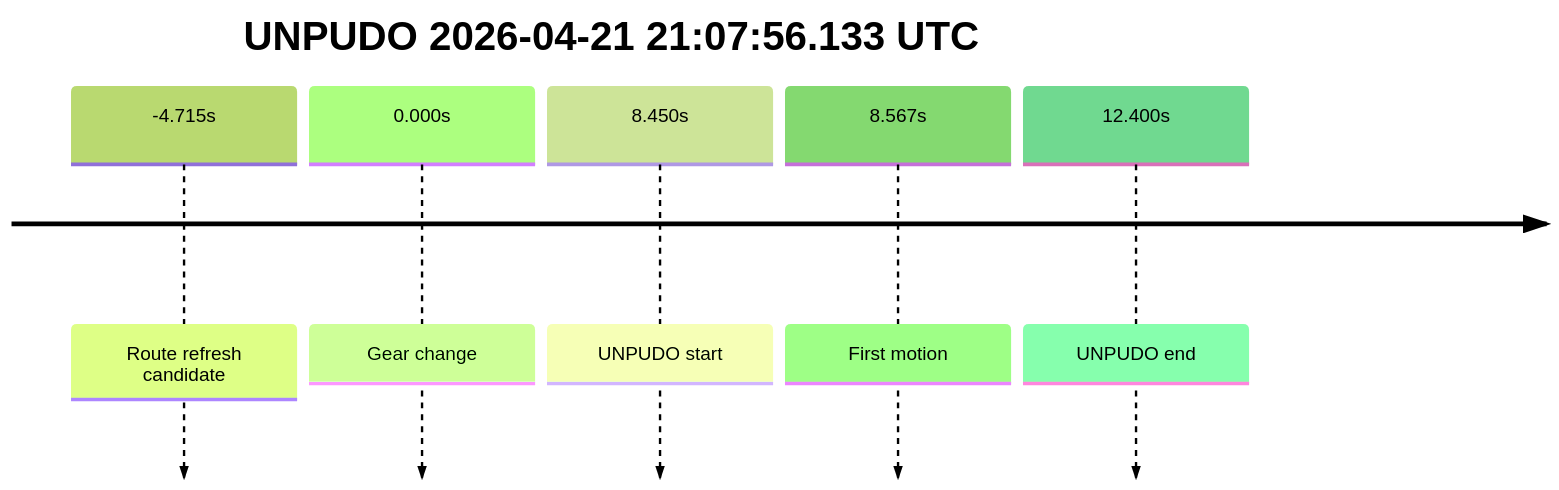
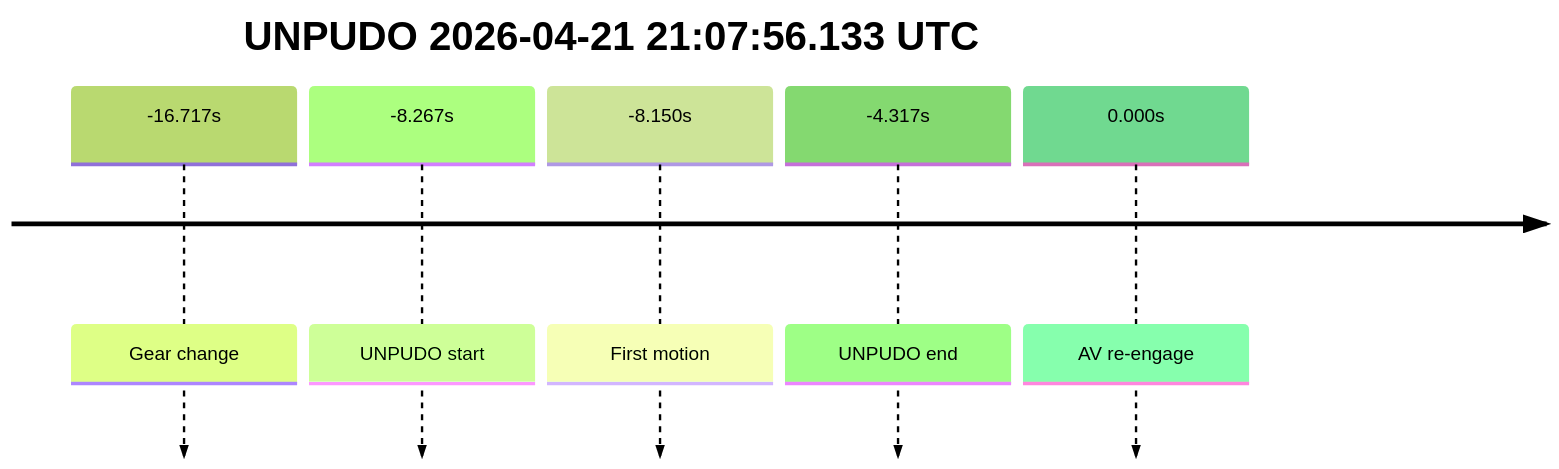
One commit to yoelshapiro/vault changed the fifth of 5 diagrams in model_analysis/report_cards/2026/04/Week-4/fme20009--2026-04-21--20-53-31--gen2-av-c485ff0d-599e-495f-bee7-17c4a854ab52.md. Above: the diagram before and after it, drawn with Mermaid (forest theme). The commit also changed other lines of this file and 1 other file, not shown here.

````diff
--- a/model_analysis/report_cards/2026/04/Week-4/fme20009--2026-04-21--20-53-31--gen2-av-c485ff0d-599e-495f-bee7-17c4a854ab52.md
+++ b/model_analysis/report_cards/2026/04/Week-4/fme20009--2026-04-21--20-53-31--gen2-av-c485ff0d-599e-495f-bee7-17c4a854ab52.md
@@ -271,9 +267,9 @@
 ```mermaid
 timeline
     title UNPUDO 2026-04-21 21:07:56.133 UTC
-    -4.715s : Route refresh candidate
-    0.000s : Gear change
-    8.450s : UNPUDO start
-    8.567s : First motion
-    12.400s : UNPUDO end
+    -16.717s : Gear change
+    -8.267s : UNPUDO start
+    -8.150s : First motion
+    -4.317s : UNPUDO end
+    0.000s : AV re-engage
 ```
````
